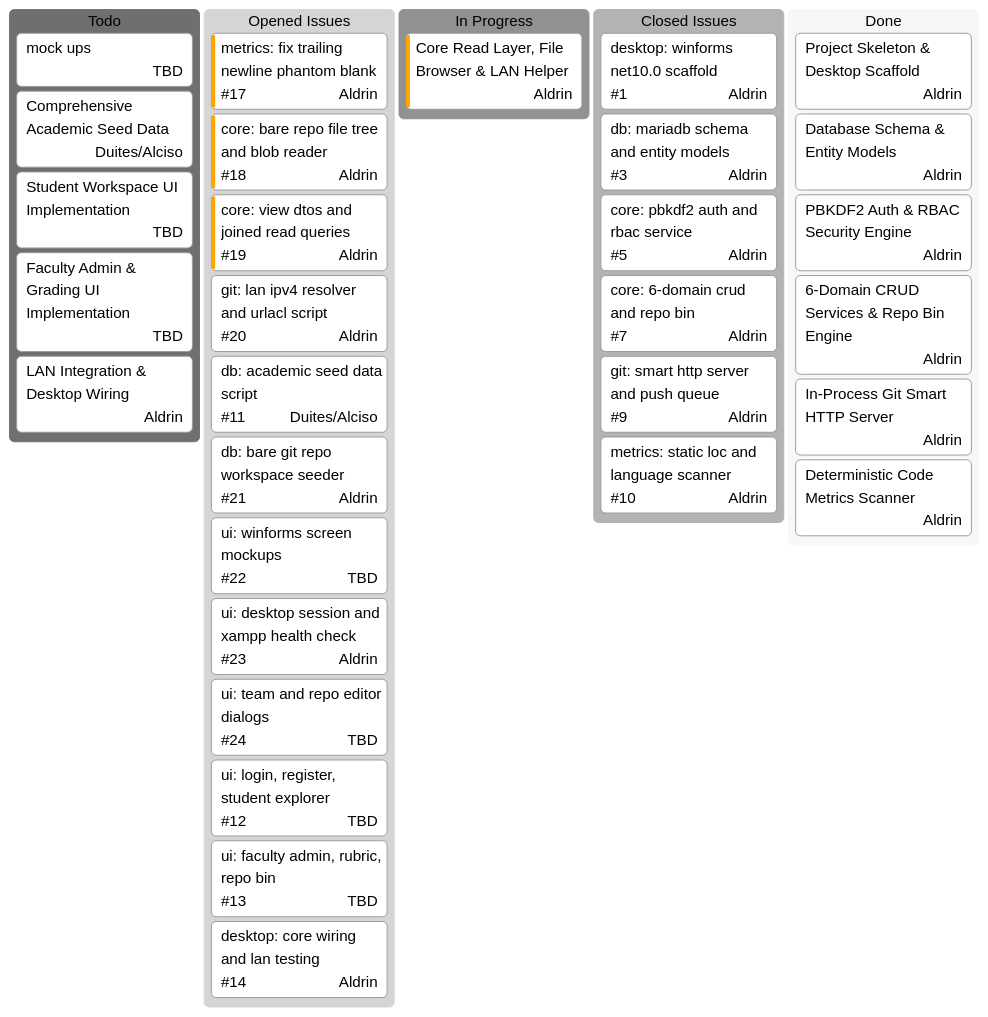
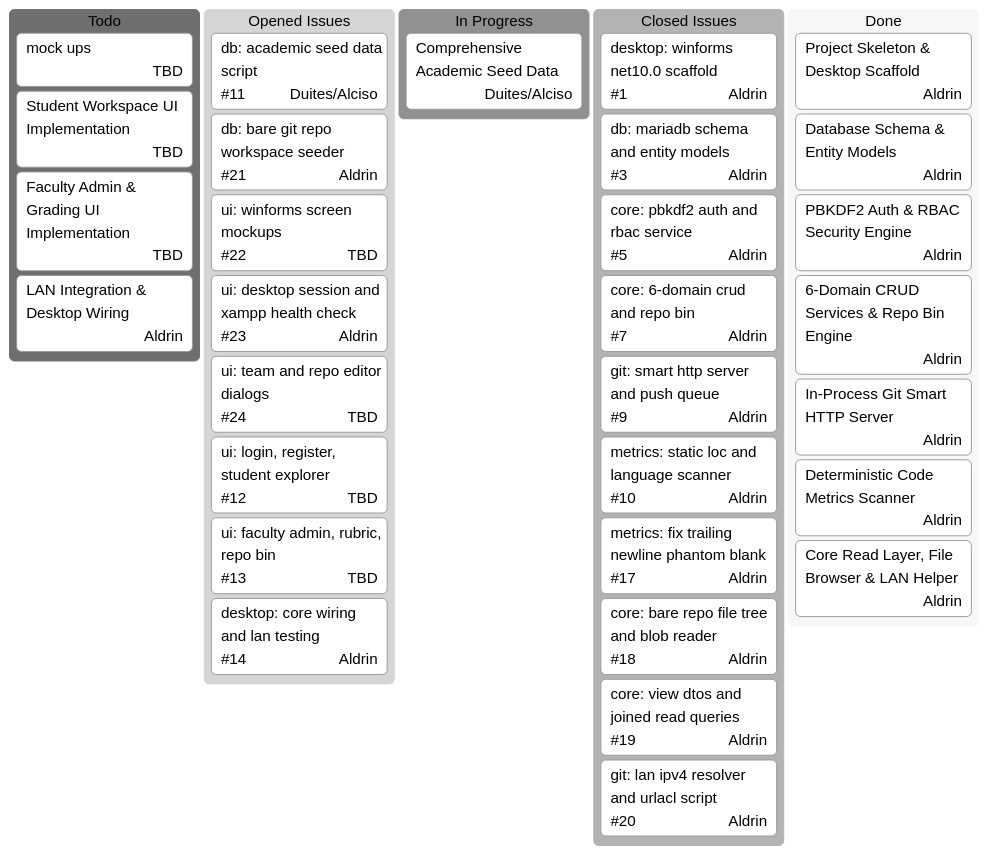
The diagram in README.md (frtzhahn/repo-vault), drawn with Mermaid (neutral theme) before and after one commit.

Commit message:
docs(docs): update kanban for read layer done

````diff
--- a/README.md
+++ b/README.md
@@ -34,39 +34,39 @@
 ```mermaid
 kanban
   [Todo]
     [mock ups]@{ assigned: 'TBD' }
-    [Comprehensive Academic Seed Data]@{ assigned: 'Duites/Alciso' }
     [Student Workspace UI Implementation]@{ assigned: 'TBD' }
     [Faculty Admin & Grading UI Implementation]@{ assigned: 'TBD' }
     [LAN Integration & Desktop Wiring]@{ assigned: 'Aldrin' }
   [Opened Issues]
-    [metrics: fix trailing newline phantom blank]@{ assigned: 'Aldrin', ticket: '#17', priority: 'High' }
-    [core: bare repo file tree and blob reader]@{ assigned: 'Aldrin', ticket: '#18', priority: 'High' }
-    [core: view dtos and joined read queries]@{ assigned: 'Aldrin', ticket: '#19', priority: 'High' }
-    [git: lan ipv4 resolver and urlacl script]@{ assigned: 'Aldrin', ticket: '#20' }
     [db: academic seed data script]@{ assigned: 'Duites/Alciso', ticket: '#11' }
     [db: bare git repo workspace seeder]@{ assigned: 'Aldrin', ticket: '#21' }
     [ui: winforms screen mockups]@{ assigned: 'TBD', ticket: '#22' }
     [ui: desktop session and xampp health check]@{ assigned: 'Aldrin', ticket: '#23' }
     [ui: team and repo editor dialogs]@{ assigned: 'TBD', ticket: '#24' }
     [ui: login, register, student explorer]@{ assigned: 'TBD', ticket: '#12' }
     [ui: faculty admin, rubric, repo bin]@{ assigned: 'TBD', ticket: '#13' }
     [desktop: core wiring and lan testing]@{ assigned: 'Aldrin', ticket: '#14' }
   [In Progress]
-    [Core Read Layer, File Browser & LAN Helper]@{ assigned: 'Aldrin', priority: 'High' }
+    [Comprehensive Academic Seed Data]@{ assigned: 'Duites/Alciso' }
   [Closed Issues]
     [desktop: winforms net10.0 scaffold]@{ assigned: 'Aldrin', ticket: '#1' }
     [db: mariadb schema and entity models]@{ assigned: 'Aldrin', ticket: '#3' }
     [core: pbkdf2 auth and rbac service]@{ assigned: 'Aldrin', ticket: '#5' }
     [core: 6-domain crud and repo bin]@{ assigned: 'Aldrin', ticket: '#7' }
     [git: smart http server and push queue]@{ assigned: 'Aldrin', ticket: '#9' }
     [metrics: static loc and language scanner]@{ assigned: 'Aldrin', ticket: '#10' }
+    [metrics: fix trailing newline phantom blank]@{ assigned: 'Aldrin', ticket: '#17' }
+    [core: bare repo file tree and blob reader]@{ assigned: 'Aldrin', ticket: '#18' }
+    [core: view dtos and joined read queries]@{ assigned: 'Aldrin', ticket: '#19' }
+    [git: lan ipv4 resolver and urlacl script]@{ assigned: 'Aldrin', ticket: '#20' }
   [Done]
     [Project Skeleton & Desktop Scaffold]@{ assigned: 'Aldrin' }
     [Database Schema & Entity Models]@{ assigned: 'Aldrin' }
     [PBKDF2 Auth & RBAC Security Engine]@{ assigned: 'Aldrin' }
     [6-Domain CRUD Services & Repo Bin Engine]@{ assigned: 'Aldrin' }
     [In-Process Git Smart HTTP Server]@{ assigned: 'Aldrin' }
     [Deterministic Code Metrics Scanner]@{ assigned: 'Aldrin' }
+    [Core Read Layer, File Browser & LAN Helper]@{ assigned: 'Aldrin' }
 
 ```
````
